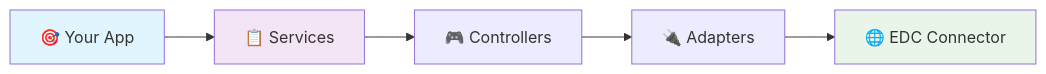
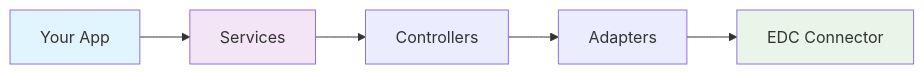
One commit to eclipse-tractusx/tractusx-sdk changed the first of 2 diagrams in docs/core-concepts/sdk-architecture/sdk-structure-and-components.md. Above: the diagram before and after it, drawn with Mermaid. The commit also changed other lines of this file and 58 other files, not shown here.

````diff
--- a/docs/core-concepts/sdk-architecture/sdk-structure-and-components.md
+++ b/docs/core-concepts/sdk-architecture/sdk-structure-and-components.md
@@ -59,11 +59,11 @@
 ```mermaid
 graph LR
-    A["🎯 Your App"] --> B["📋 Services"]
-    B --> C["🎮 Controllers"]
-    C --> D["🔌 Adapters"]
-    D --> E["🌐 EDC Connector"]
+    A[" Your App"] --> B[" Services"]
+    B --> C[" Controllers"]
+    C --> D[" Adapters"]
+    D --> E[" EDC Connector"]
     
     style A fill:#e1f5fe
     style B fill:#f3e5f5
     style E fill:#e8f5e8
 ```
````
